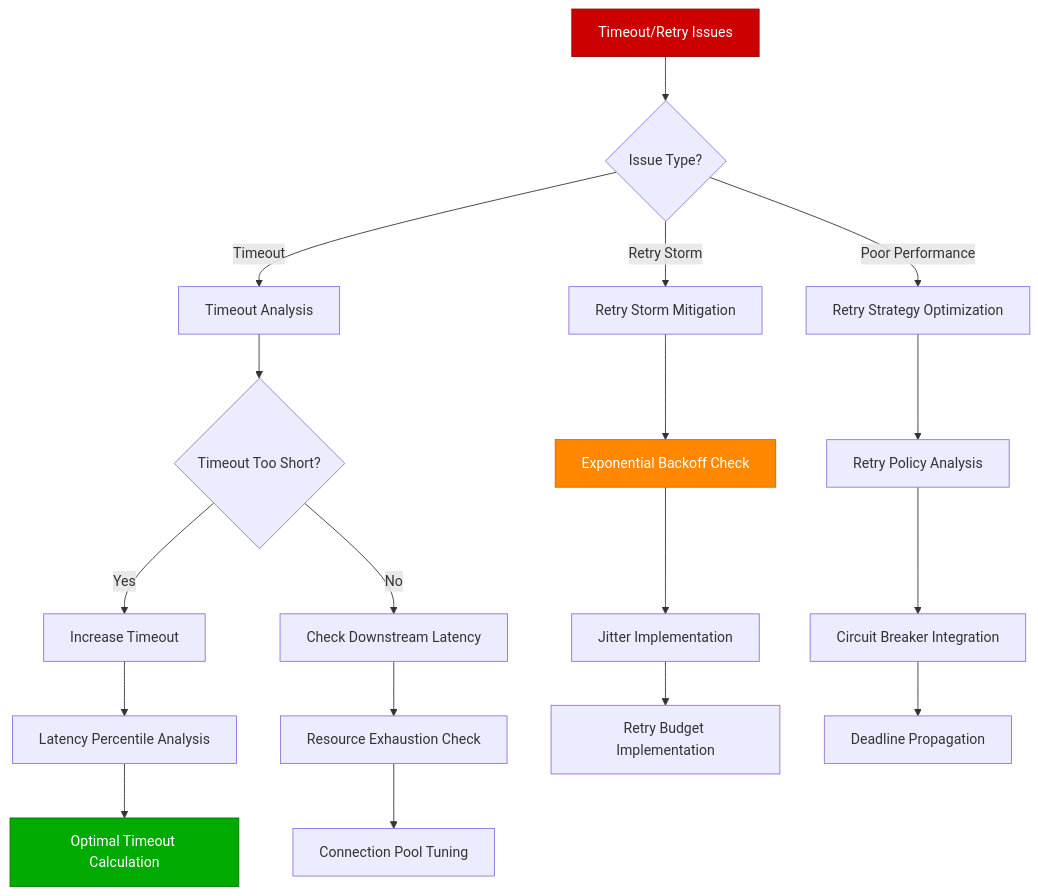
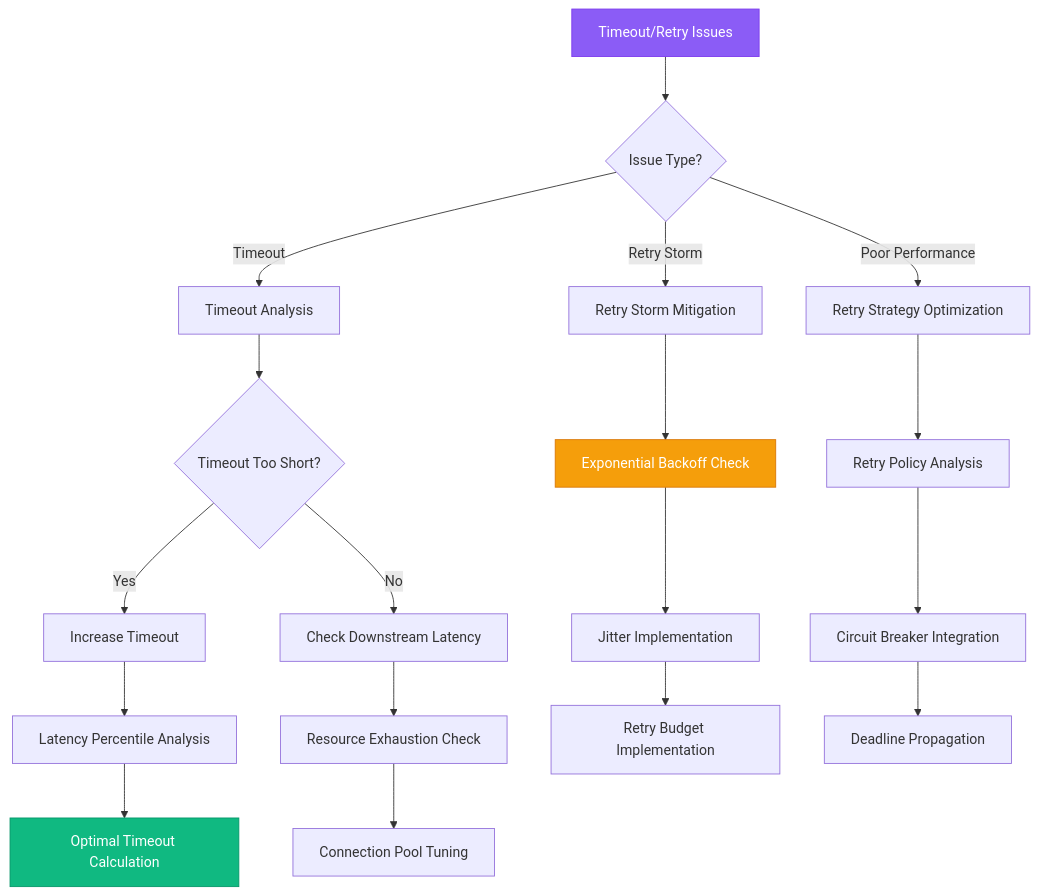
One commit to deepaucksharma/DS changed the diagram in site/docs/debugging/timeout-and-retry-tuning.md. Above: the diagram before and after it, drawn with Mermaid. The commit also changed 303 other files, not shown here.

````diff
--- a/site/docs/debugging/timeout-and-retry-tuning.md
+++ b/site/docs/debugging/timeout-and-retry-tuning.md
@@ -11,30 +11,30 @@
 ```mermaid
 graph TD
     A[Timeout/Retry Issues] --> B{Issue Type?}
     B -->|Timeout| C[Timeout Analysis]
     B -->|Retry Storm| D[Retry Storm Mitigation]
     B -->|Poor Performance| E[Retry Strategy Optimization]
 
     C --> F{Timeout Too Short?}
     F -->|Yes| G[Increase Timeout]
     F -->|No| H[Check Downstream Latency]
 
     D --> I[Exponential Backoff Check]
     I --> J[Jitter Implementation]
 
     E --> K[Retry Policy Analysis]
     K --> L[Circuit Breaker Integration]
 
     G --> M[Latency Percentile Analysis]
     H --> N[Resource Exhaustion Check]
 
     J --> O[Retry Budget Implementation]
     L --> P[Deadline Propagation]
 
     M --> Q[Optimal Timeout Calculation]
     N --> R[Connection Pool Tuning]
 
-    style A fill:#CC0000,stroke:#990000,color:#fff
-    style I fill:#FF8800,stroke:#CC6600,color:#fff
-    style Q fill:#00AA00,stroke:#007700,color:#fff
+    style A fill:#8B5CF6,stroke:#7C3AED,color:#fff
+    style I fill:#F59E0B,stroke:#D97706,color:#fff
+    style Q fill:#10B981,stroke:#059669,color:#fff
 ```
````
